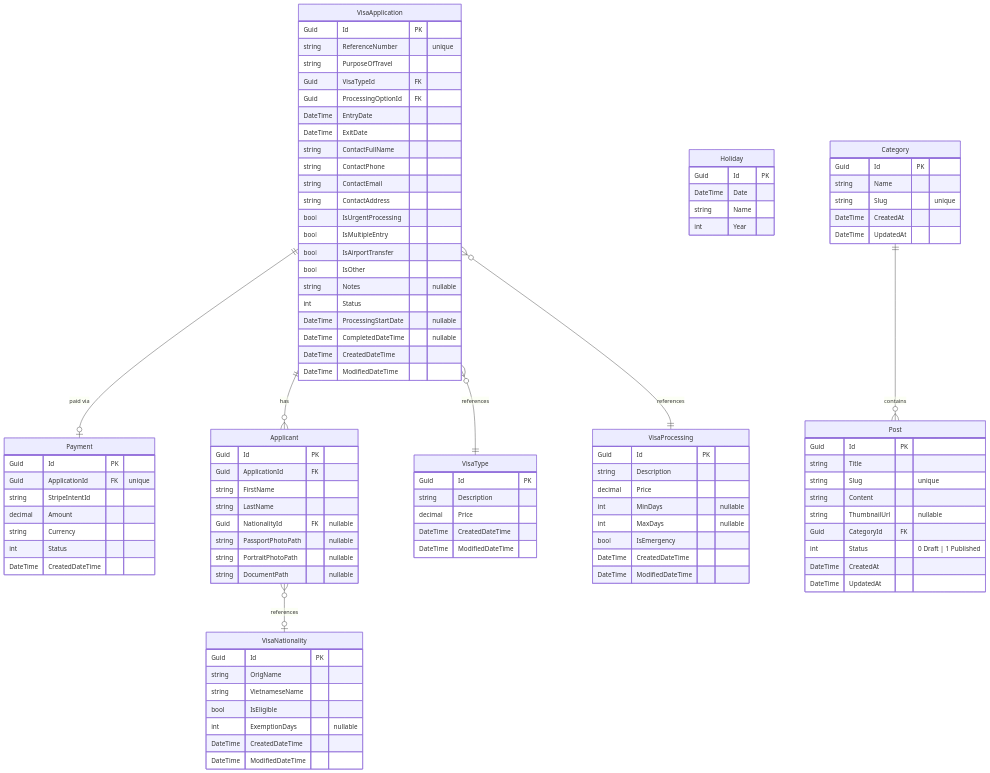
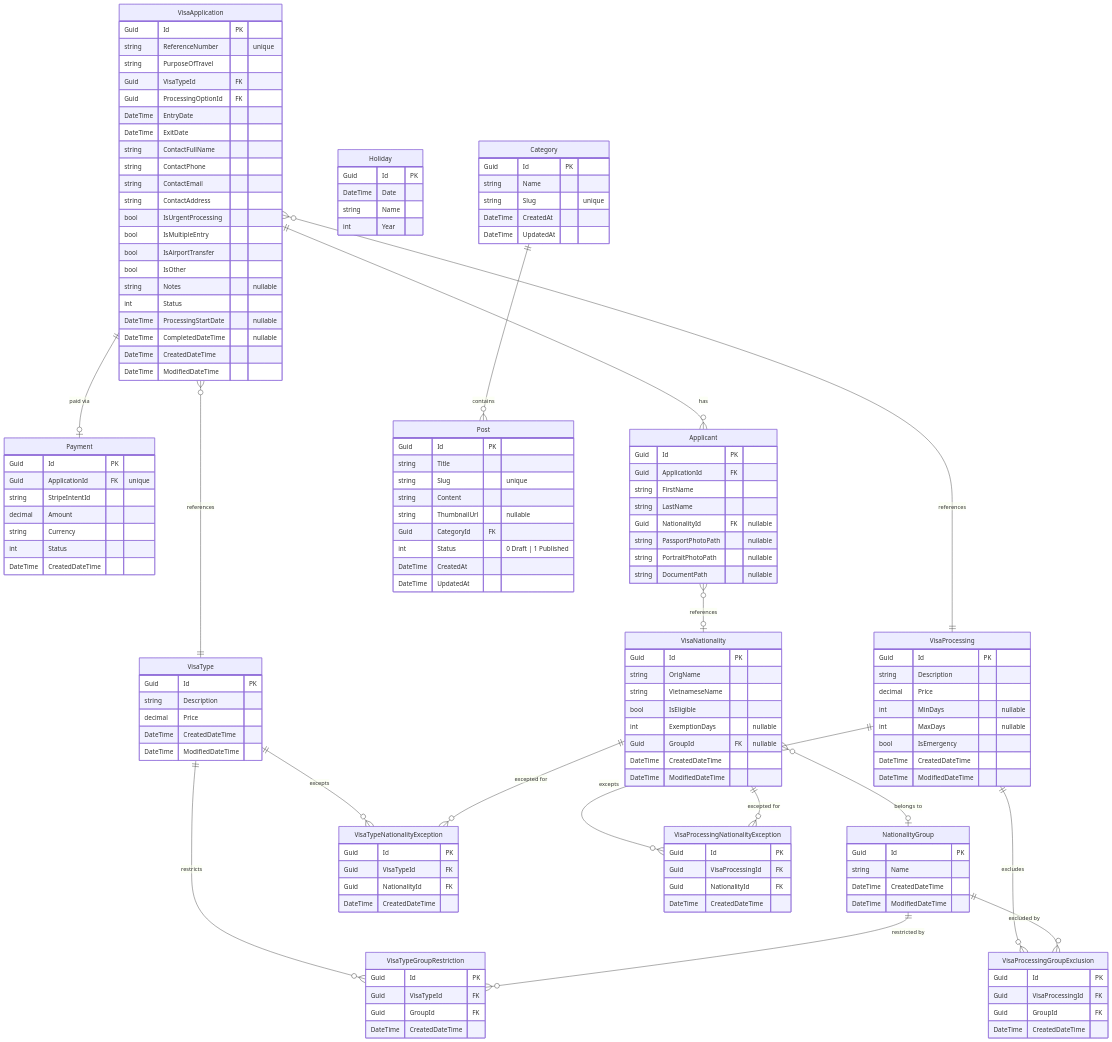
Before and after one commit to gaturtle/evisa-client: the diagram in ai-docs/DATABASE.md, drawn with Mermaid. The commit also changed other lines of this file and 5 other files, not shown here.

First line of the commit message:
Add VisaProcessing nationality exceptions UI

```diff
--- a/ai-docs/DATABASE.md
+++ b/ai-docs/DATABASE.md
@@ -291,8 +374,44 @@
         string VietnameseName
         bool IsEligible
         int ExemptionDays "nullable"
+        Guid GroupId FK "nullable"
         DateTime CreatedDateTime
         DateTime ModifiedDateTime
+    }
+
+    NationalityGroup {
+        Guid Id PK
+        string Name
+        DateTime CreatedDateTime
+        DateTime ModifiedDateTime
+    }
+
+    VisaTypeGroupRestriction {
+        Guid Id PK
+        Guid VisaTypeId FK
+        Guid GroupId FK
+        DateTime CreatedDateTime
+    }
+
+    VisaTypeNationalityException {
+        Guid Id PK
+        Guid VisaTypeId FK
+        Guid NationalityId FK
+        DateTime CreatedDateTime
+    }
+
+    VisaProcessingGroupExclusion {
+        Guid Id PK
+        Guid VisaProcessingId FK
+        Guid GroupId FK
+        DateTime CreatedDateTime
+    }
+
+    VisaProcessingNationalityException {
+        Guid Id PK
+        Guid VisaProcessingId FK
+        Guid NationalityId FK
+        DateTime CreatedDateTime
     }
 
     VisaType {
@@ -326,6 +445,15 @@
     VisaApplication }o--|| VisaType : "references"
     VisaApplication }o--|| VisaProcessing : "references"
     Applicant }o--o| VisaNationality : "references"
+    VisaNationality }o--o| NationalityGroup : "belongs to"
+    VisaType ||--o{ VisaTypeGroupRestriction : "restricts"
+    NationalityGroup ||--o{ VisaTypeGroupRestriction : "restricted by"
+    VisaType ||--o{ VisaTypeNationalityException : "excepts"
+    VisaNationality ||--o{ VisaTypeNationalityException : "excepted for"
+    VisaProcessing ||--o{ VisaProcessingGroupExclusion : "excludes"
+    NationalityGroup ||--o{ VisaProcessingGroupExclusion : "excluded by"
+    VisaProcessing ||--o{ VisaProcessingNationalityException : "excepts"
+    VisaNationality ||--o{ VisaProcessingNationalityException : "excepted for"
 
     Category {
         Guid Id PK
```
